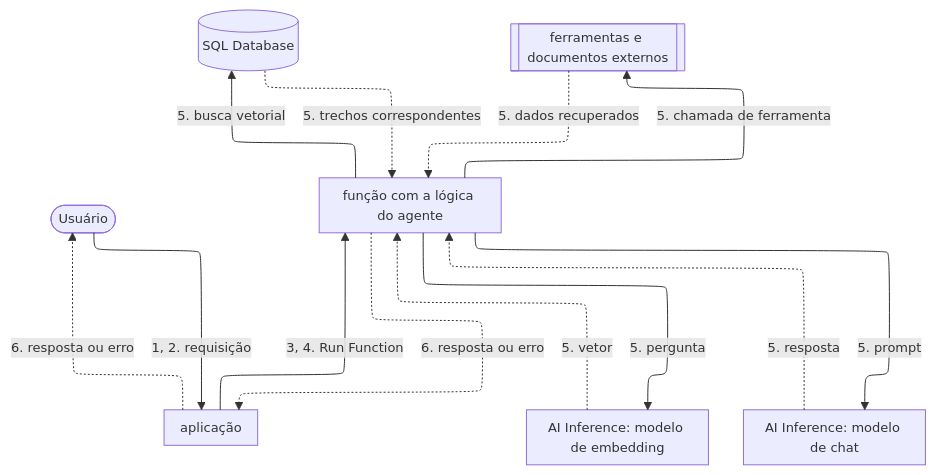
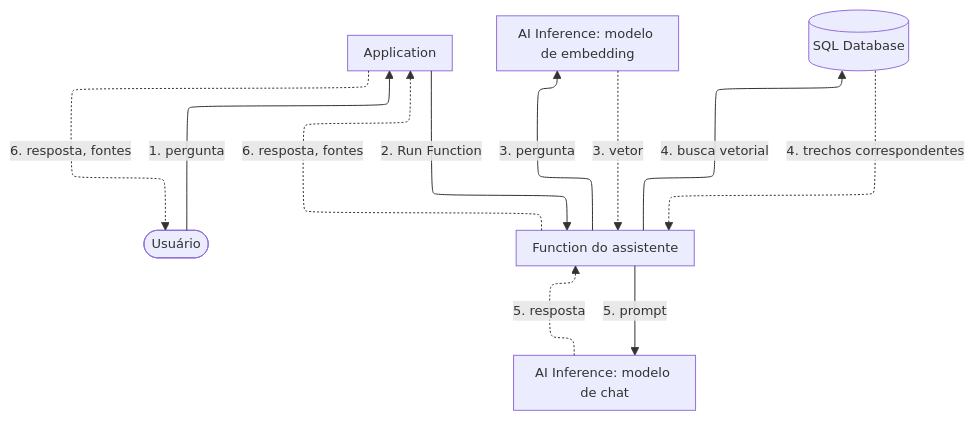
The diagram in apps/docs/src/content/docs/pt-br/pages/arquiteturas/artificial-intelligence/ai-agent-copilot.mdx (aziontech/docs), drawn with Mermaid before and after one commit. The commit also changed other lines of this file and 5 other files, not shown here.

````diff
--- a/apps/docs/src/content/docs/pt-br/pages/arquiteturas/artificial-intelligence/ai-agent-copilot.mdx
+++ b/apps/docs/src/content/docs/pt-br/pages/arquiteturas/artificial-intelligence/ai-agent-copilot.mdx
@@ -37,23 +25,20 @@
 ```mermaid
 %%{init: {"layout": "elk", "elk": {"cycleBreakingStrategy": "MODEL_ORDER"}, "themeVariables": {"fontSize": "13px"}, "flowchart": {"nodeSpacing": 24, "rankSpacing": 36, "padding": 8, "wrappingWidth": 150, "useMaxWidth": true}, "sequence": {"width": 120, "actorMargin": 30, "useMaxWidth": true}}}%%
 flowchart TD
   User(["Usuário"])
-  App["aplicação"]
-  Fn["função com a lógica do agente"]
+  App["Application"]
+  Fn["Function do assistente"]
   Embed["AI Inference: modelo de embedding"]
   DB[("SQL Database")]
-  Tools[["ferramentas e documentos externos"]]
   Chat["AI Inference: modelo de chat"]
-  User -->|"1, 2. requisição"| App
-  App -->|"3, 4. Run Function"| Fn
-  Fn -->|"5. pergunta"| Embed
-  Fn -->|"5. busca vetorial"| DB
-  Fn -->|"5. chamada de ferramenta"| Tools
+  User -->|"1. pergunta"| App
+  App -->|"2. Run Function"| Fn
+  Fn -->|"3. pergunta"| Embed
+  Fn -->|"4. busca vetorial"| DB
   Fn -->|"5. prompt"| Chat
-  Embed -.->|"5. vetor"| Fn
-  DB -.->|"5. trechos correspondentes"| Fn
-  Tools -.->|"5. dados recuperados"| Fn
+  Embed -.->|"3. vetor"| Fn
+  DB -.->|"4. trechos correspondentes"| Fn
   Chat -.->|"5. resposta"| Fn
-  Fn -.->|"6. resposta ou erro"| App
-  App -.->|"6. resposta ou erro"| User
+  Fn -.->|"6. resposta, fontes"| App
+  App -.->|"6. resposta, fontes"| User
 ```
````
